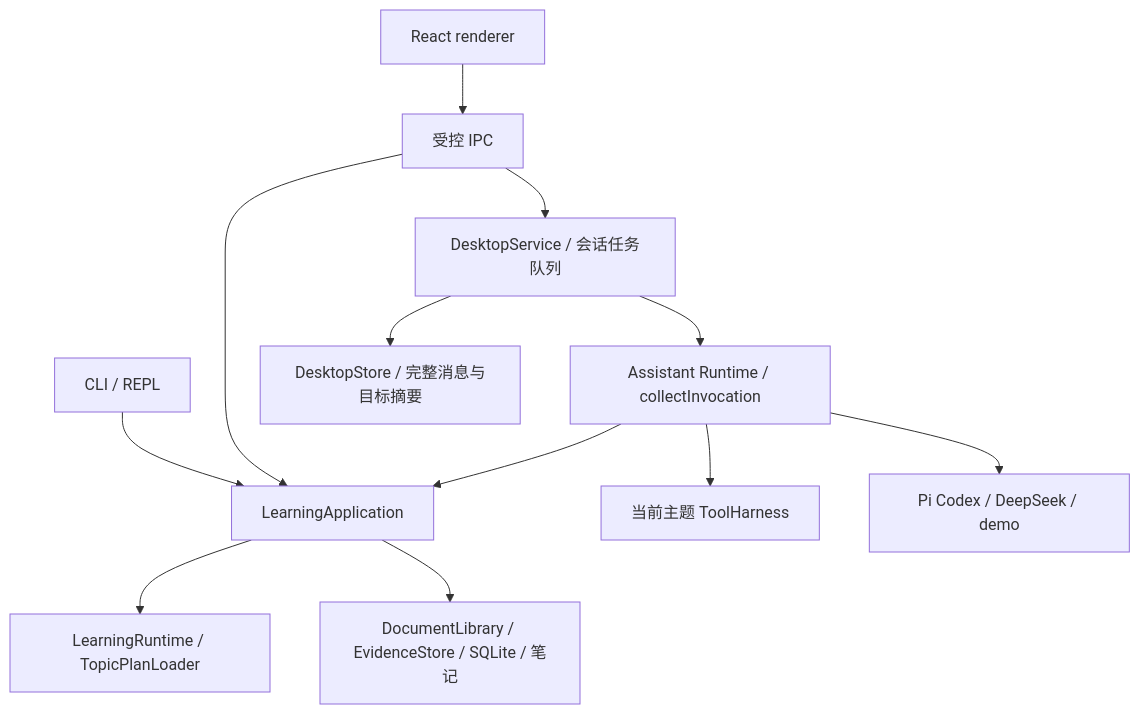
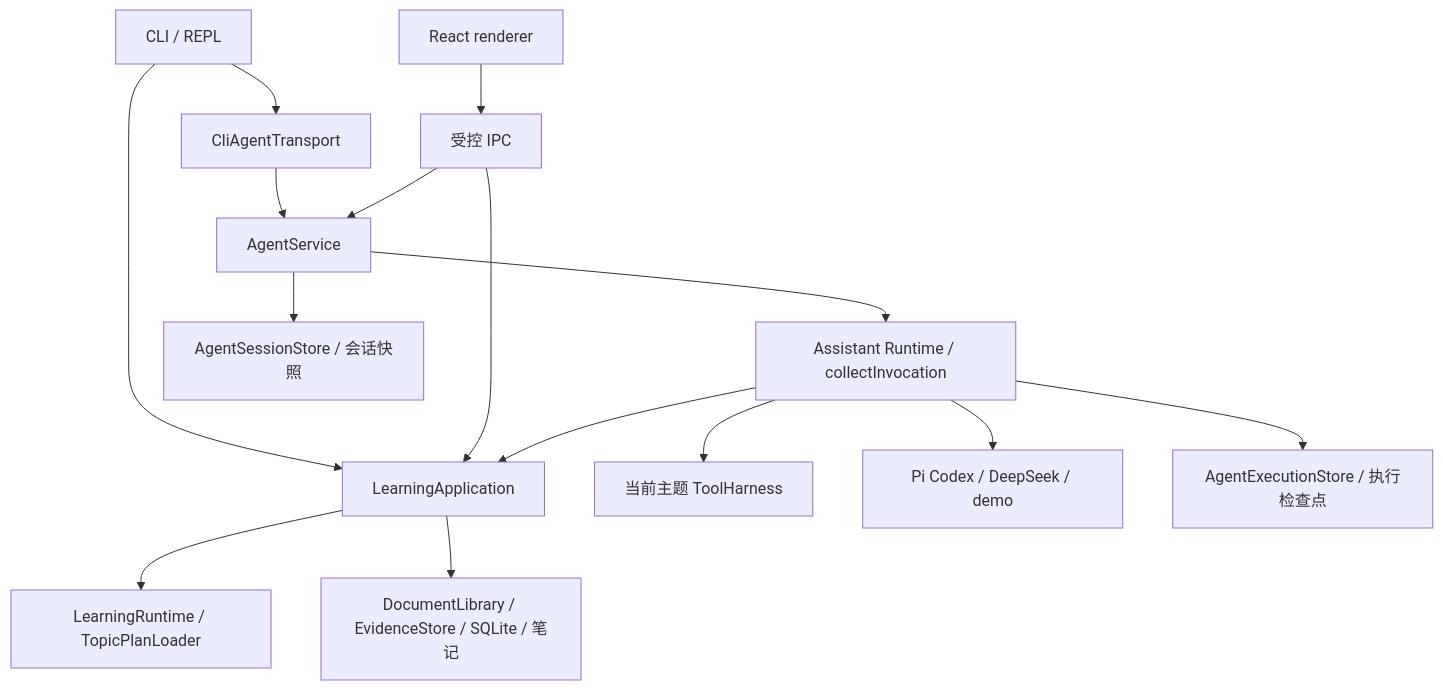
One commit to muzigef/zhixing changed the diagram in docs/architecture.md. Above: the diagram before and after it, drawn with Mermaid. The commit also changed other lines of this file and 68 other files, not shown here.

````diff
--- a/docs/architecture.md
+++ b/docs/architecture.md
@@ -10,14 +10,17 @@
 ```mermaid
 graph TD
-  CLI[CLI / REPL] --> App[LearningApplication]
+  CLI[CLI / REPL] --> Adapter[CliAgentTransport]
+  Adapter --> Agent[AgentService]
+  CLI --> App[LearningApplication]
   UI[React renderer] --> IPC[受控 IPC]
-  IPC --> Desktop[DesktopService / 会话任务队列]
+  IPC --> Agent
   IPC --> App
-  Desktop --> Assistant[Assistant Runtime / collectInvocation]
+  Agent --> Assistant[Assistant Runtime / collectInvocation]
   Assistant --> App
   App --> Domain[LearningRuntime / TopicPlanLoader]
   App --> Stores[DocumentLibrary / EvidenceStore / SQLite / 笔记]
   Assistant --> Tools[当前主题 ToolHarness]
   Assistant --> Model[Pi Codex / DeepSeek / demo]
-  Desktop --> Chat[DesktopStore / 完整消息与目标摘要]
+  Agent --> Chat[AgentSessionStore / 会话快照]
+  Assistant --> Journal[AgentExecutionStore / 执行检查点]
 ```
````
